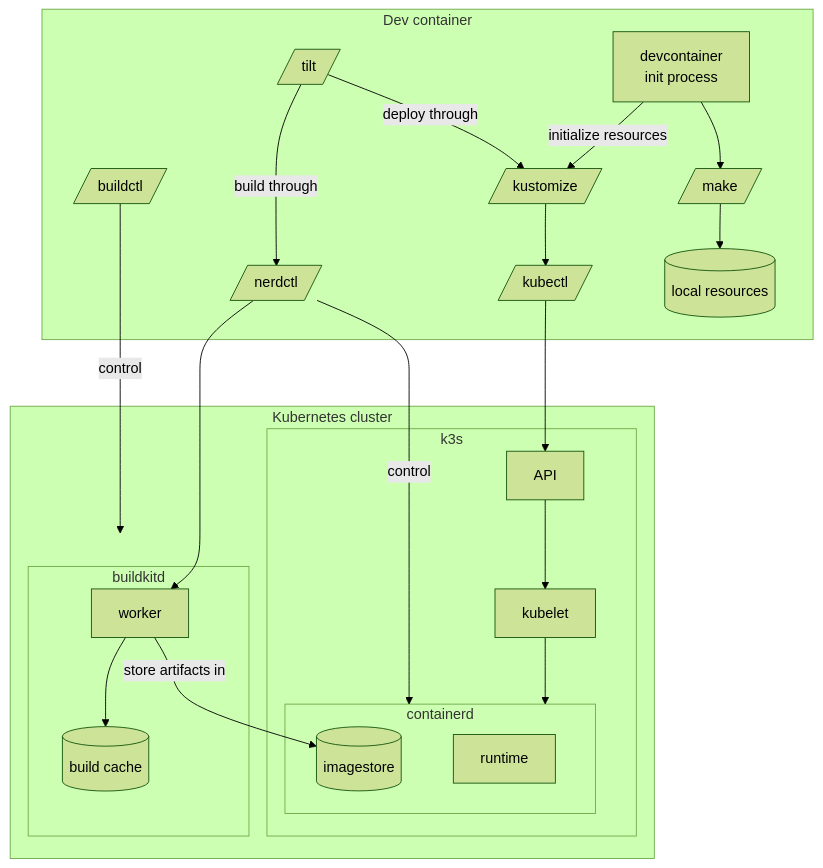
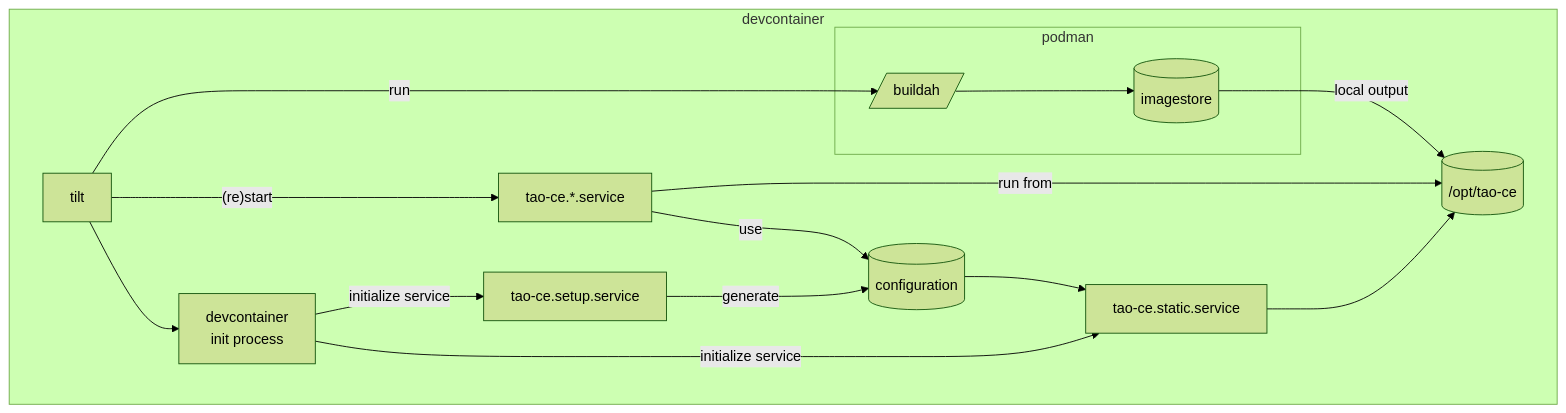
Before and after one commit to tao-ce/tao-ce: the second of 2 diagrams in docs/dev/environment.md, drawn with Mermaid (forest theme). The commit also changed other lines of this file and 95 other files, not shown here.

````diff
--- a/docs/dev/environment.md
+++ b/docs/dev/environment.md
@@ -46,28 +42,19 @@
 ```mermaid
 flowchart TB
-subgraph k8s["Kubernetes cluster"]
-    subgraph k3s
-        subgraph containerd
-            runtime
-            imagestore[(imagestore)]
-        end
-        kubelet --> containerd
-        API --> kubelet
+subgraph dev["devcontainer"]
+    subgraph podman
+    buildah[/buildah/] --> imagestore[(imagestore)]
     end
-    subgraph buildkitd
-        worker
-        cache
-        worker --> cache[(build cache)]
-    end
-end
-subgraph dev["Dev container"]
-    nerdctl[/nerdctl/] -- control ----> containerd
-    buildctl[/buildctl/] -- control ----> buildkitd
-    tilt[/tilt/] -- build through --> nerdctl --> worker --store artifacts in--> imagestore
-    tilt -- deploy through --> kustomize[/kustomize/] --> kubectl[/kubectl/] --> API
-    %%k9s[/k9s/] -- control ---> API
+    imagestore -- local output--> tao-ce[(/opt/tao-ce)]
+    tilt -- run --> buildah
+    tilt -- (re)start --> taosvc[tao-ce.*.service] -- run from --> tao-ce
+    tilt --> init
+    static --> tao-ce
+    taosvc -- use --> conf
+    setup -- generate --> conf[(configuration)]
+    conf --> static
     init[devcontainer
-    init process] -- initialize resources --> kustomize
-    init --> make[/make/] --> resources[(local resources)]
+    init process] -- initialize service --> static[tao-ce.static.service]
+    init -- initialize service --> setup[tao-ce.setup.service]
 end
 ```
````
